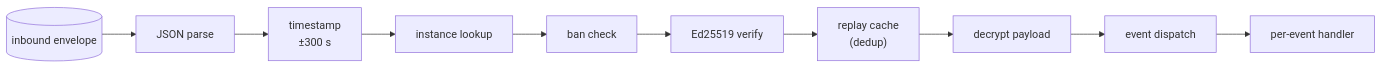
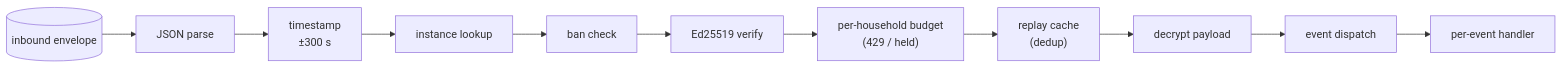
One commit to social-home-io/socialhome changed the second of 2 diagrams in docs/protocol/README.md. Above: the diagram before and after it, drawn with Mermaid. The commit also changed 7 other files, not shown here.

Commit message:
Docs: the real per-household inbound limiter, raised relay and inbox limits, held relay frames

````diff
--- a/docs/protocol/README.md
+++ b/docs/protocol/README.md
@@ -56,13 +56,14 @@
 ```mermaid
 flowchart LR
     inbound[("inbound envelope")]
     inbound --> parse["JSON parse"]
     parse --> ts["timestamp<br/>±300 s"]
     ts --> instance["instance lookup"]
     instance --> ban["ban check"]
     ban --> sig["Ed25519 verify"]
-    sig --> replay["replay cache<br/>(dedup)"]
+    sig --> budget["per-household budget<br/>(429 / held)"]
+    budget --> replay["replay cache<br/>(dedup)"]
     replay --> decrypt["decrypt payload"]
     decrypt --> dispatch["event dispatch"]
     dispatch --> handler["per-event handler"]
 ```
````
